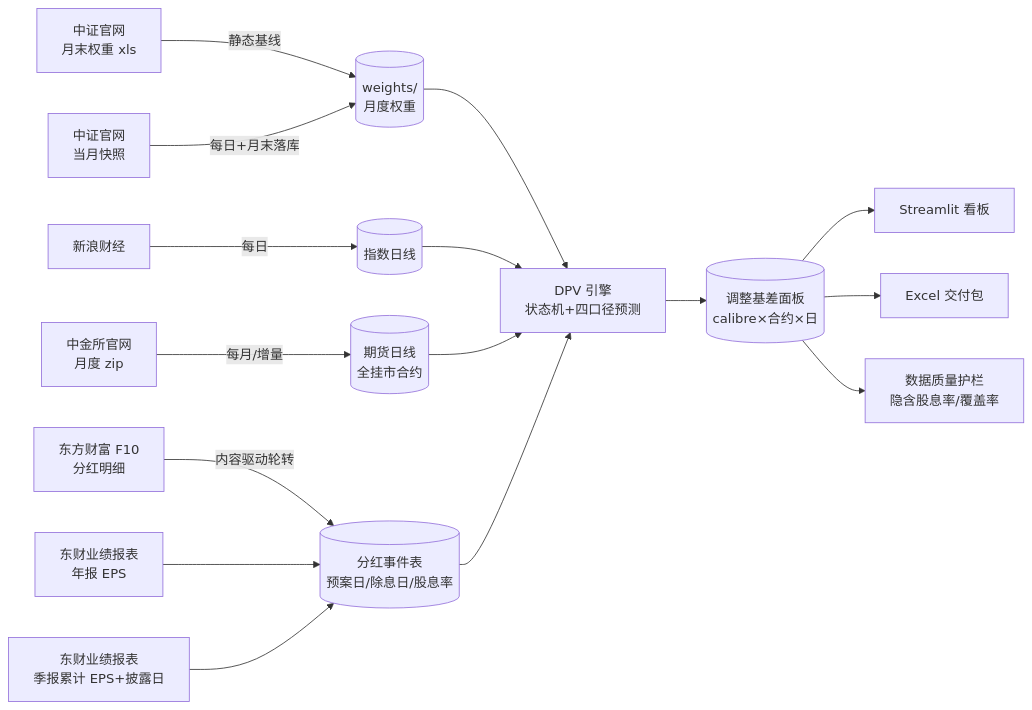
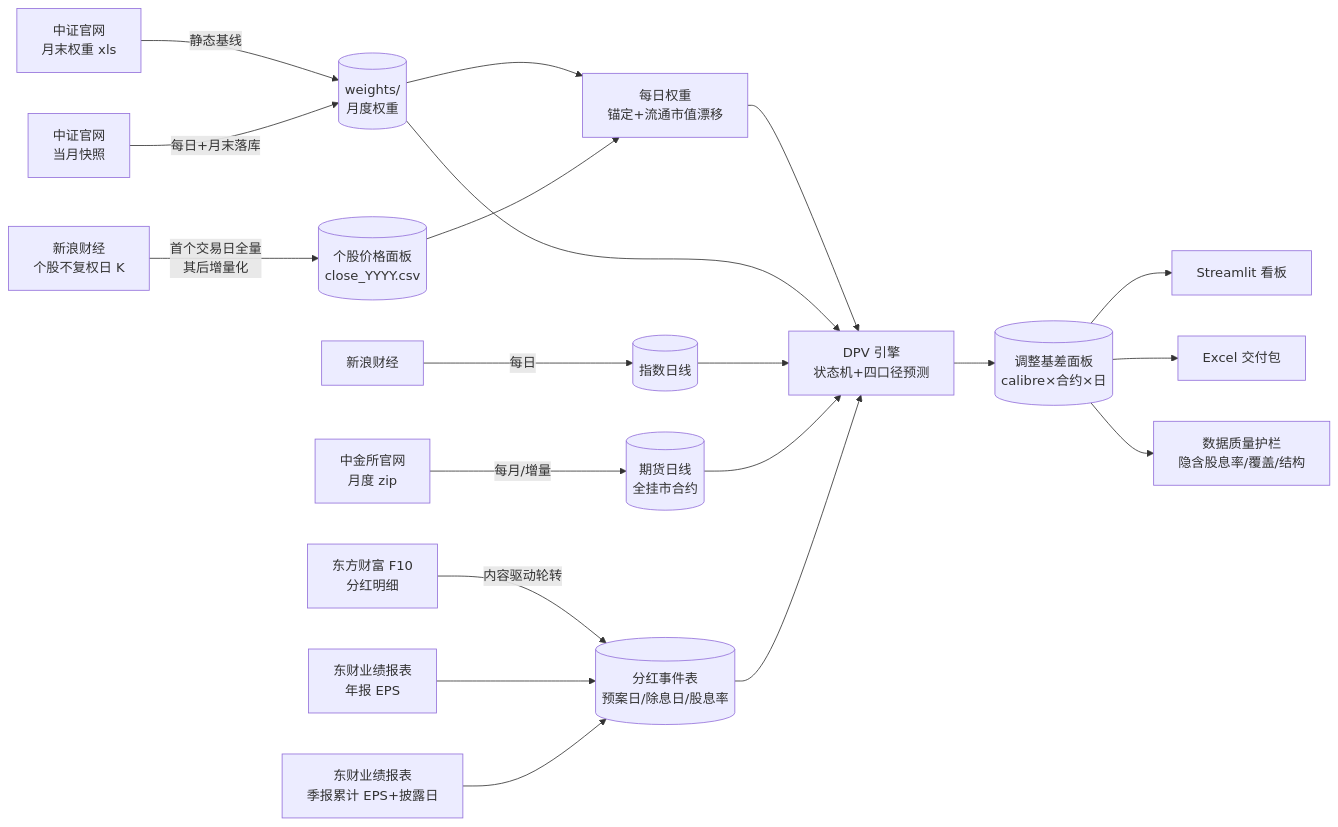
Before and after one commit to iniestao/index-futures-basis: the first of 2 diagrams in docs/METHODOLOGY.md, drawn with Mermaid. The commit also changed other lines of this file and 39 other files, not shown here.

````diff
--- a/docs/METHODOLOGY.md
+++ b/docs/METHODOLOGY.md
@@ -29,15 +29,18 @@
 ```mermaid
 flowchart LR
     A[中证官网<br>月末权重 xls] -->|静态基线| W[(weights/<br>月度权重)]
     A2[中证官网<br>当月快照] -->|每日+月末落库| W
     B[新浪财经] -->|每日| I[(指数日线)]
     C[中金所官网<br>月度 zip] -->|每月/增量| F[(期货日线<br>全挂市合约)]
     D[东方财富 F10<br>分红明细] -->|内容驱动轮转| E[(分红事件表<br>预案日/除息日/股息率)]
     E2[东财业绩报表<br>年报 EPS] --> E
     E3[东财业绩报表<br>季报累计 EPS+披露日] --> E
+    B2[新浪财经<br>个股不复权日 K] -->|首个交易日全量<br>其后增量化| P[(个股价格面板<br>close_YYYY.csv)]
+    W & P --> W2[每日权重<br>锚定+流通市值漂移]
+    W2 --> G
     W & I & F & E --> G[DPV 引擎<br>状态机+四口径预测]
     G --> H[(调整基差面板<br>calibre×合约×日)]
     H --> S[Streamlit 看板]
     H --> X[Excel 交付包]
-    H --> Q[数据质量护栏<br>隐含股息率/覆盖率]
+    H --> Q[数据质量护栏<br>隐含股息率/覆盖/结构]
 ```
````
